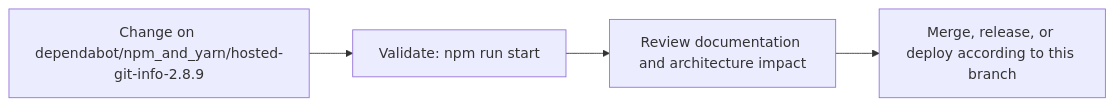
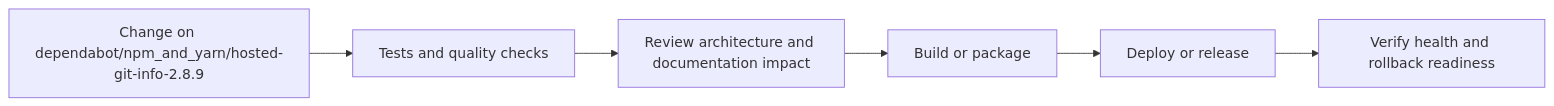
One commit to Nischhalsubba/wp_Theme_Ronal changed the fourth of 5 diagrams in README.md. Above: the diagram before and after it, drawn with Mermaid. The commit also changed other lines of this file, not shown here.

````diff
--- a/README.md
+++ b/README.md
@@ -69,8 +145,8 @@
 ```mermaid
 flowchart LR
-    CHANGE["Change on dependabot/npm_and_yarn/hosted-git-info-2.8.9"]
-    CHECK["Validate: npm run start"]
-    REVIEW["Review documentation and architecture impact"]
-    RELEASE["Merge, release, or deploy according to this branch"]
-    CHANGE --> CHECK --> REVIEW --> RELEASE
+    CHANGE["Change on dependabot/npm_and_yarn/hosted-git-info-2.8.9"] --> CHECK["Tests and quality checks"]
+    CHECK --> REVIEW["Review architecture and documentation impact"]
+    REVIEW --> BUILD["Build or package"]
+    BUILD --> DEPLOY["Deploy or release"]
+    DEPLOY --> VERIFY["Verify health and rollback readiness"]
 ```
````
